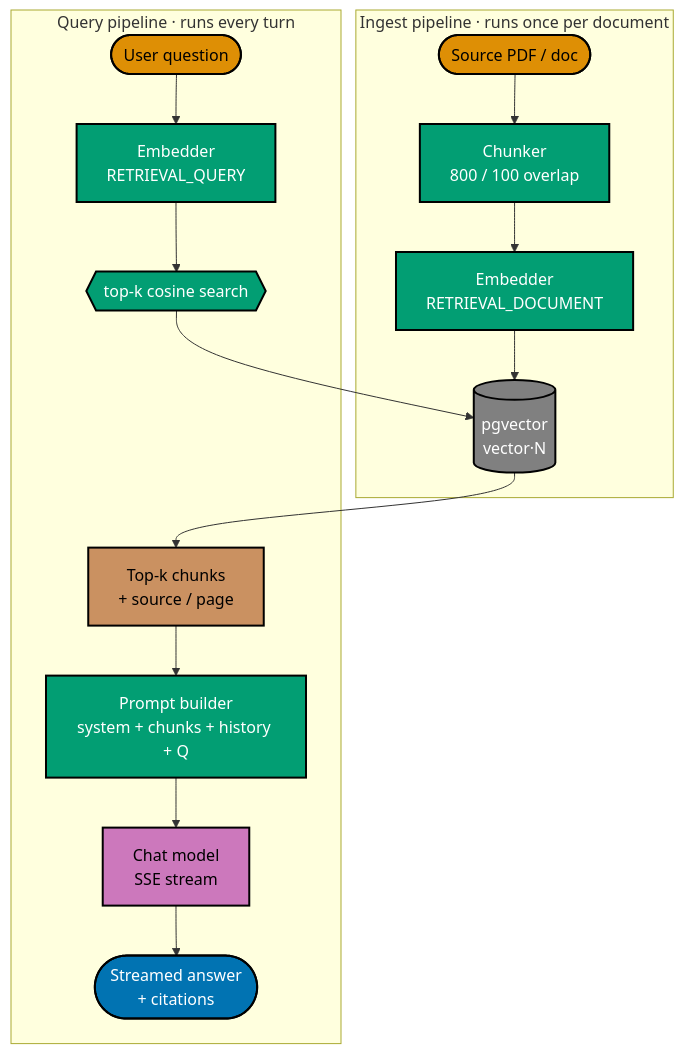
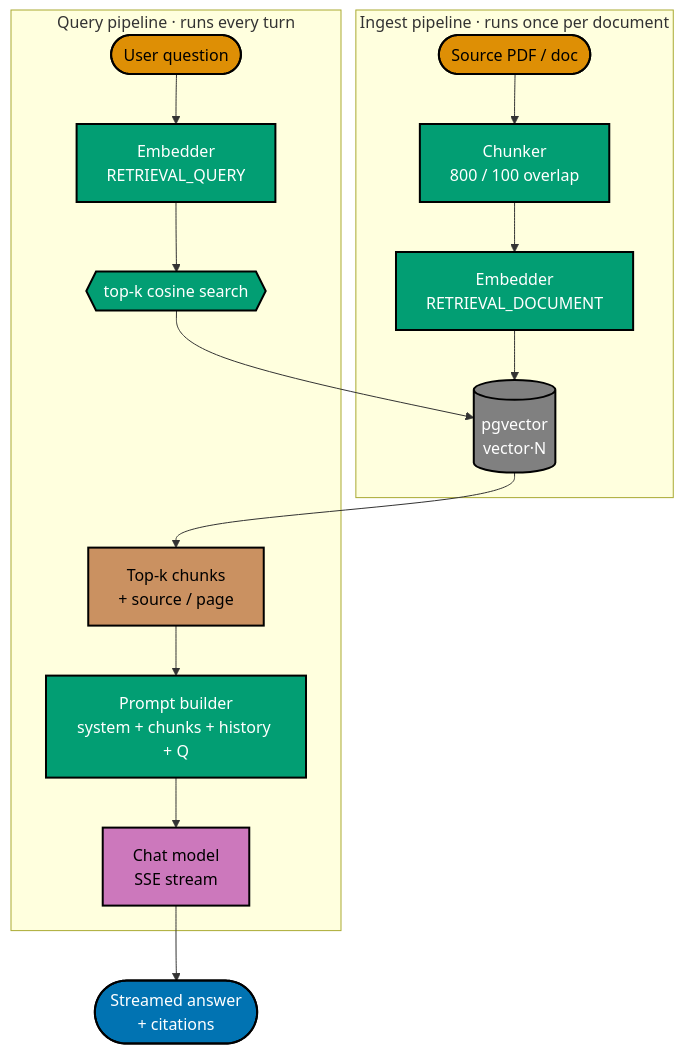
One commit to wahidyankf/ose-primer changed the first of 2 diagrams in docs/explanation/software-engineering/ai-application-development/README.md. Above: the diagram before and after it, drawn with Mermaid. The commit also changed 6 other files, not shown here.

Commit message:
docs: remediate mermaid violations found by broadened validate:mermaid scan

````diff
--- a/docs/explanation/software-engineering/ai-application-development/README.md
+++ b/docs/explanation/software-engineering/ai-application-development/README.md
@@ -275,26 +275,26 @@
 ```mermaid
 %% Color Palette: Blue #0173B2 | Orange #DE8F05 | Teal #029E73 | Purple #CC78BC | Gray #808080 | Brown #CA9161
 flowchart TB
     subgraph Ingest [Ingest pipeline · runs once per document]
         DOC([Source PDF / doc]):::doc --> CHUNK[Chunker<br/>800 / 100 overlap]:::step
         CHUNK --> EMB1[Embedder<br/>RETRIEVAL_DOCUMENT]:::step
         EMB1 --> DB[(pgvector<br/>vector·N)]:::store
     end
     subgraph Query [Query pipeline · runs every turn]
         Q([User question]):::user --> EMB2[Embedder<br/>RETRIEVAL_QUERY]:::step
         EMB2 --> SEARCH{{top-k cosine search}}:::step
         SEARCH --> DB
         DB --> CHUNKS[Top-k chunks<br/>+ source / page]:::data
         CHUNKS --> PROMPT[Prompt builder<br/>system + chunks + history + Q]:::step
         PROMPT --> LLM[Chat model<br/>SSE stream]:::llm
-        LLM --> ANS([Streamed answer<br/>+ citations]):::out
     end
+    LLM --> ANS([Streamed answer<br/>+ citations]):::out
 
     classDef doc fill:#DE8F05,stroke:#000000,color:#000000,stroke-width:2px
     classDef user fill:#DE8F05,stroke:#000000,color:#000000,stroke-width:2px
     classDef step fill:#029E73,stroke:#000000,color:#FFFFFF,stroke-width:2px
     classDef store fill:#808080,stroke:#000000,color:#FFFFFF,stroke-width:2px
     classDef data fill:#CA9161,stroke:#000000,color:#000000,stroke-width:2px
     classDef llm fill:#CC78BC,stroke:#000000,color:#000000,stroke-width:2px
     classDef out fill:#0173B2,stroke:#000000,color:#FFFFFF,stroke-width:2px
 ```
````
